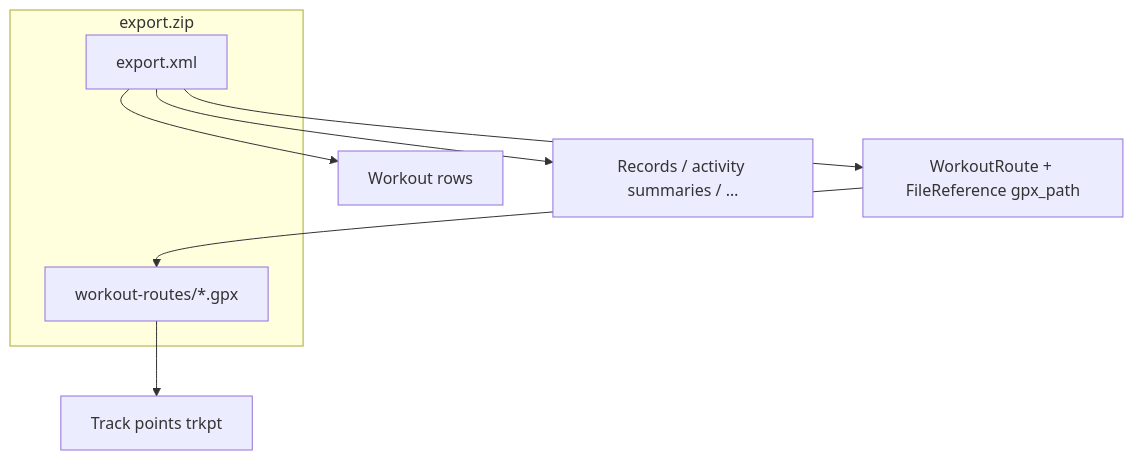
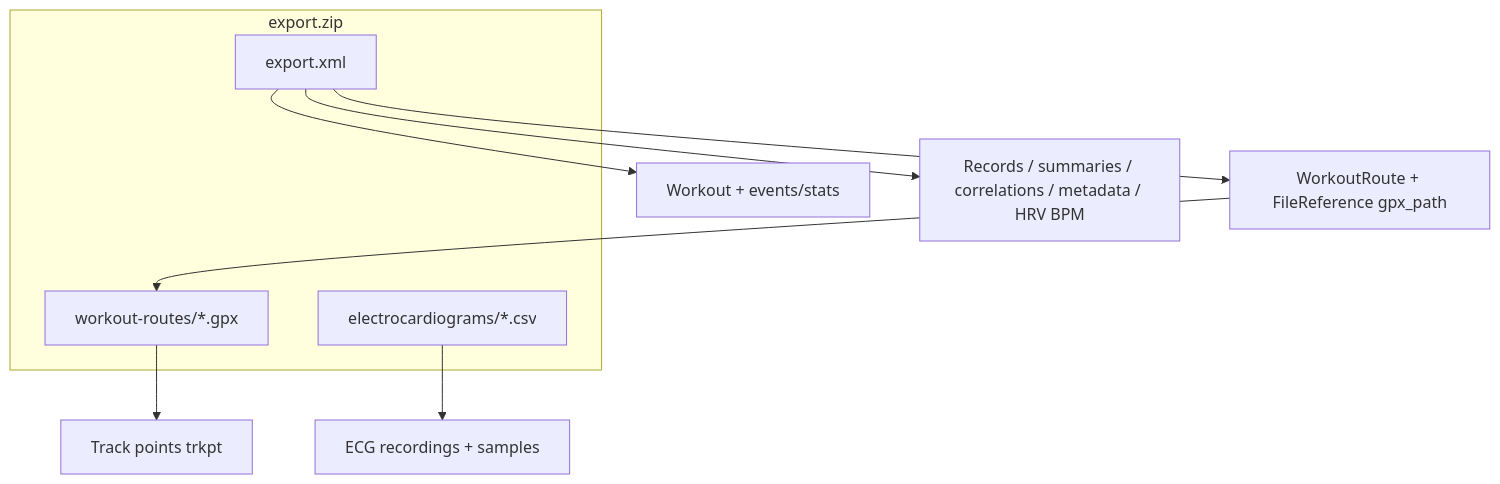
Before and after one commit to Mjboothaus/duckdb-healthkit-export: the first of 3 diagrams in docs/ERD.md, drawn with Mermaid. The commit also changed other lines of this file and 7 other files, not shown here.

````diff
--- a/docs/ERD.md
+++ b/docs/ERD.md
@@ -36,12 +36,14 @@
 ```mermaid
 flowchart TB
   subgraph zip["export.zip"]
     XML["export.xml"]
     GPX["workout-routes/*.gpx"]
+    ECG["electrocardiograms/*.csv"]
   end
-  XML --> WO["Workout rows"]
+  XML --> WO["Workout + events/stats"]
   XML --> WR["WorkoutRoute + FileReference gpx_path"]
-  XML --> REC["Records / activity summaries / …"]
+  XML --> REC["Records / summaries / correlations / metadata / HRV BPM"]
   WR --> GPX
   GPX --> PT["Track points trkpt"]
+  ECG --> ECGR["ECG recordings + samples"]
 ```
````
